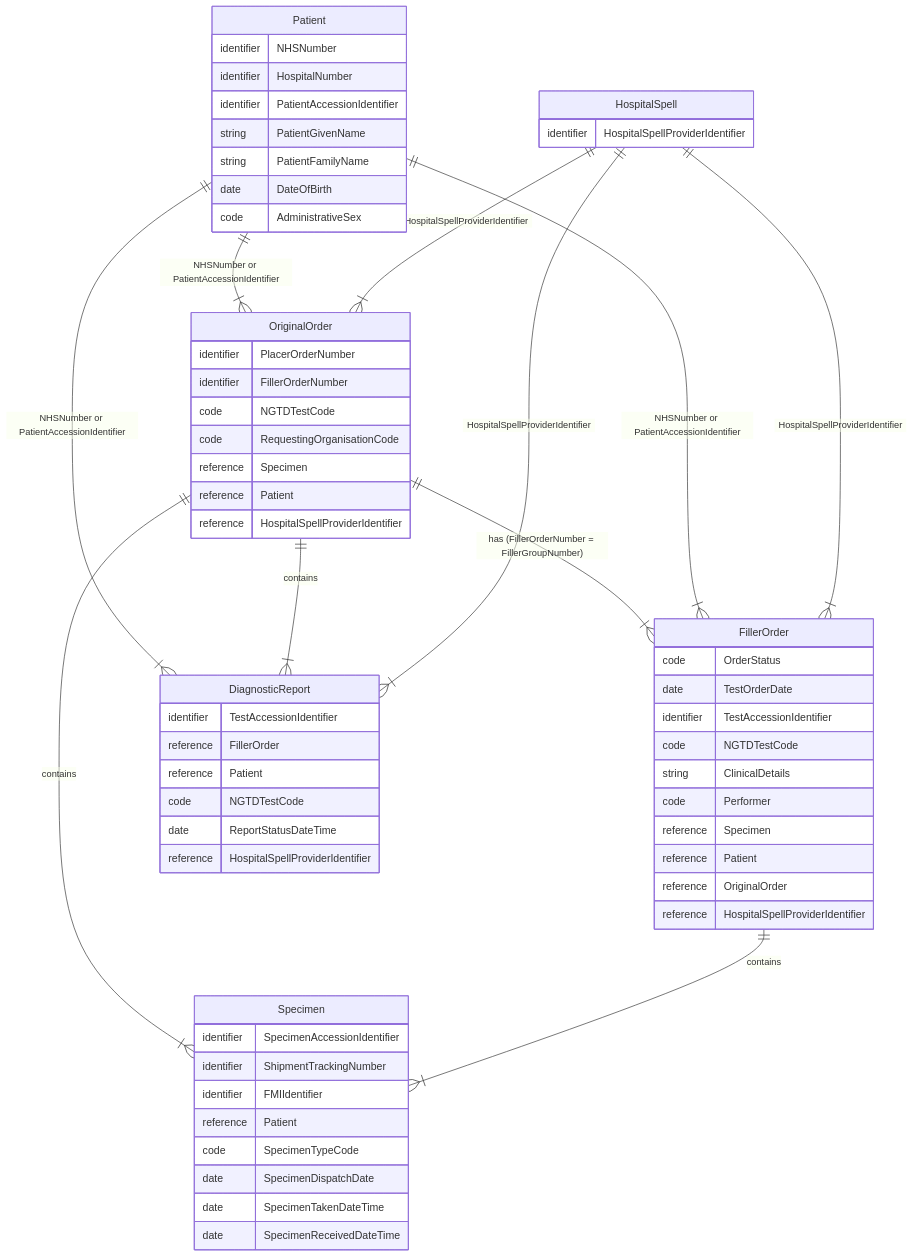
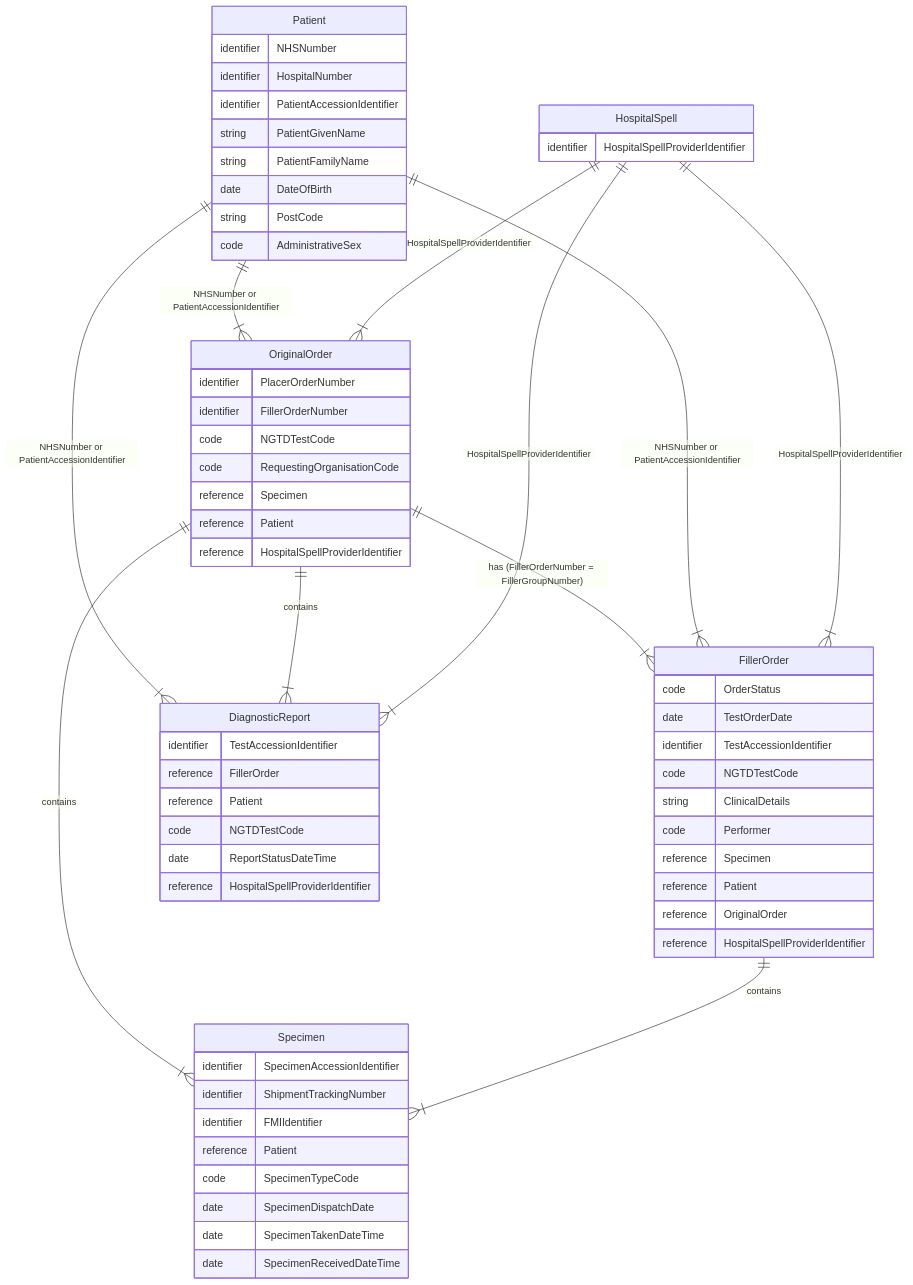
The diagram in input/pagecontent/filler-order.md (nw-gmsa/nw-gmsa.github.com), drawn with Mermaid before and after one commit. The commit also changed other lines of this file, not shown here.

Commit message:
class diagrams

````diff
--- a/input/pagecontent/filler-order.md
+++ b/input/pagecontent/filler-order.md
@@ -15,70 +15,71 @@
 ```mermaid
 erDiagram
 
   OriginalOrder ||--|{ FillerOrder : "has (FillerOrderNumber = FillerGroupNumber)"
   OriginalOrder ||--|{ Specimen : contains
   FillerOrder ||--|{ Specimen : contains
   Patient ||--|{ OriginalOrder : "NHSNumber or PatientAccessionIdentifier"
   Patient ||--|{ FillerOrder : "NHSNumber or PatientAccessionIdentifier" 
   Patient ||--|{ DiagnosticReport : "NHSNumber or PatientAccessionIdentifier" 
   OriginalOrder ||--|{ DiagnosticReport : contains
   HospitalSpell ||--|{ OriginalOrder : "HospitalSpellProviderIdentifier"
   HospitalSpell ||--|{ FillerOrder : "HospitalSpellProviderIdentifier" 
   HospitalSpell ||--|{ DiagnosticReport : "HospitalSpellProviderIdentifier" 
 
   OriginalOrder {
     identifier PlacerOrderNumber
     identifier FillerOrderNumber
     code NGTDTestCode
     code RequestingOrganisationCode
     reference Specimen
     reference Patient
      reference HospitalSpellProviderIdentifier
   }
 
   FillerOrder {
     code OrderStatus
     date TestOrderDate
     identifier TestAccessionIdentifier
     code NGTDTestCode
     string ClinicalDetails
     code Performer
     reference Specimen
     reference Patient
     reference OriginalOrder
      reference HospitalSpellProviderIdentifier
   }
 
   Patient {
     identifier NHSNumber
     identifier HospitalNumber
     identifier PatientAccessionIdentifier
     string PatientGivenName
     string PatientFamilyName
     date DateOfBirth
+    string PostCode
     code AdministrativeSex
   }
 
   Specimen {
     identifier SpecimenAccessionIdentifier
     identifier ShipmentTrackingNumber
     identifier FMIIdentifier
     reference Patient
     code SpecimenTypeCode
     date SpecimenDispatchDate
     date SpecimenTakenDateTime
     date SpecimenReceivedDateTime
   }
 
   DiagnosticReport {
     identifier TestAccessionIdentifier
     reference FillerOrder
     reference Patient
     code NGTDTestCode
     date ReportStatusDateTime
     reference HospitalSpellProviderIdentifier
   }
   HospitalSpell {
     identifier HospitalSpellProviderIdentifier
   }
 ```
````
